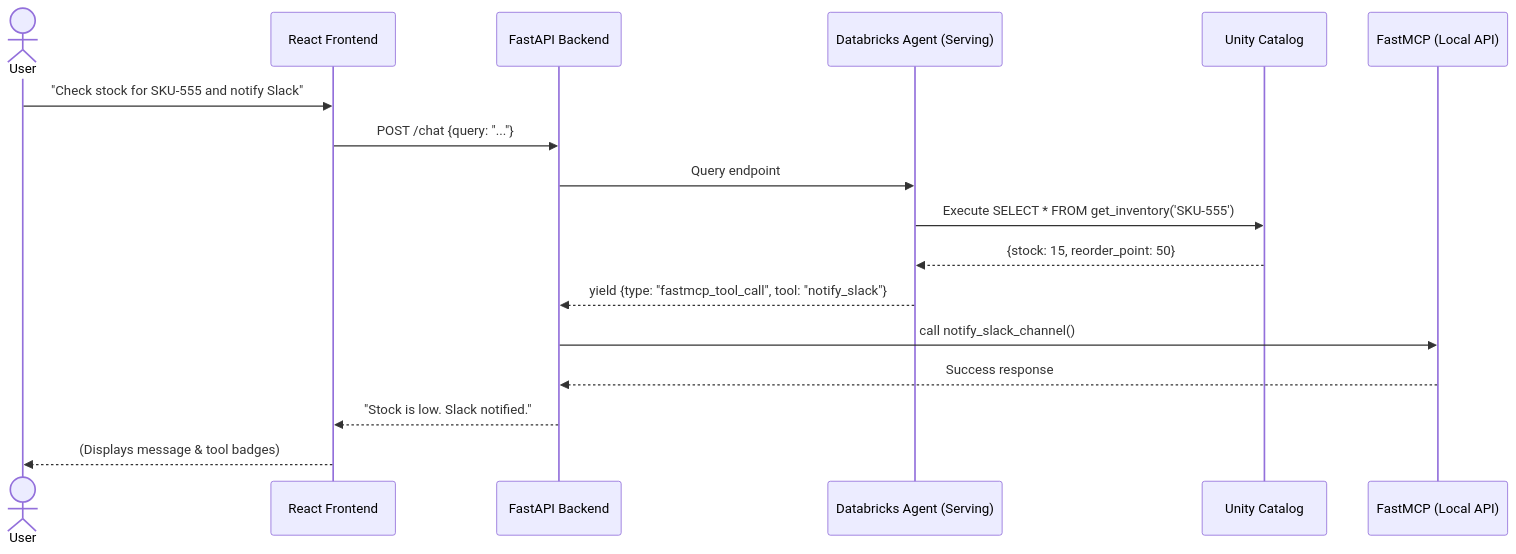
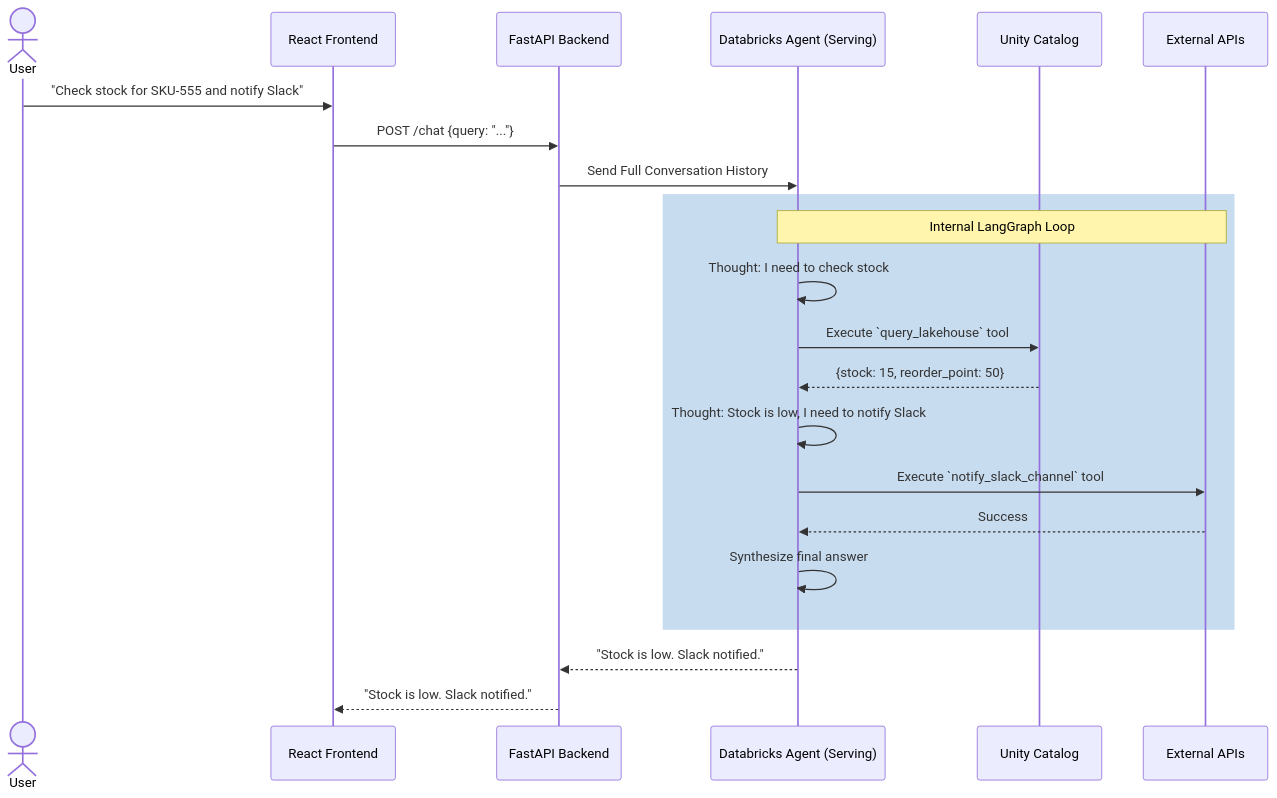
One commit to TaylorAHanson/supply-chain-agent changed the second of 2 diagrams in README.md. Above: the diagram before and after it, drawn with Mermaid. The commit also changed other lines of this file and 1 other file, not shown here.

Commit message:
Rewrite docs to reflect ResponsesAgent and LangGraph architecture

````diff
--- a/README.md
+++ b/README.md
@@ -266,22 +239,27 @@
 ```mermaid
 sequenceDiagram
     actor User
     participant UI as React Frontend
     participant API as FastAPI Backend
     participant Agent as Databricks Agent (Serving)
-    participant UC as Unity Catalog
-    participant MCP as FastMCP (Local API)
+    participant Lake as Unity Catalog
+    participant Ext as External APIs
 
     User->>UI: "Check stock for SKU-555 and notify Slack"
     UI->>API: POST /chat {query: "..."}
-    API->>Agent: Query endpoint
-    Agent->>UC: Execute SELECT * FROM get_inventory('SKU-555')
-    UC-->>Agent: {stock: 15, reorder_point: 50}
+    API->>Agent: Send Full Conversation History
     
-    Agent-->>API: yield {type: "fastmcp_tool_call", tool: "notify_slack"}
-    API->>MCP: call notify_slack_channel()
-    MCP-->>API: Success response
+    rect rgb(200, 220, 240)
+        Note over Agent, Ext: Internal LangGraph Loop
+        Agent->>Agent: Thought: I need to check stock
+        Agent->>Lake: Execute `query_lakehouse` tool
+        Lake-->>Agent: {stock: 15, reorder_point: 50}
+        Agent->>Agent: Thought: Stock is low, I need to notify Slack
+        Agent->>Ext: Execute `notify_slack_channel` tool
+        Ext-->>Agent: Success
+        Agent->>Agent: Synthesize final answer
+    end
     
+    Agent-->>API: "Stock is low. Slack notified."
     API-->>UI: "Stock is low. Slack notified."
-    UI-->>User: (Displays message & tool badges)
 ```
````
